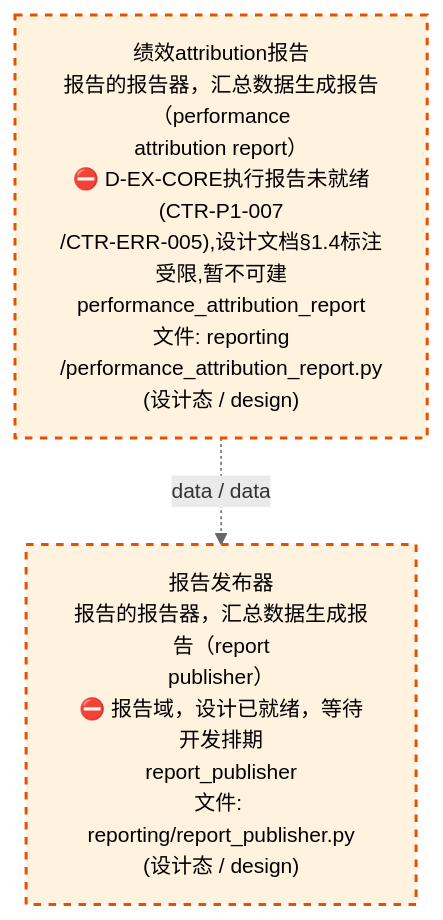
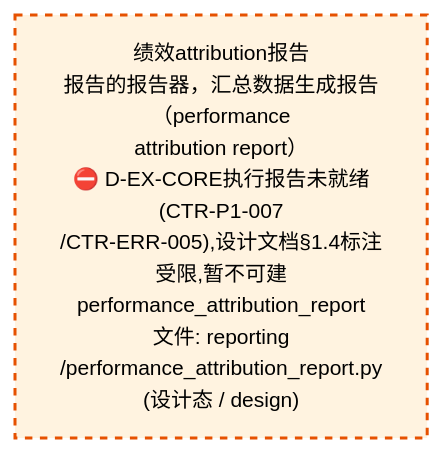
The third of 4 diagrams in docs/02_enterprise_architecture/02_domain_architecture_docs/26_d_reporting.md (xuanFelixVan/ZephyrAlpha), drawn with Mermaid before and after one commit. The commit also changed other lines of this file and 45 other files, not shown here.

````diff
--- a/docs/02_enterprise_architecture/02_domain_architecture_docs/26_d_reporting.md
+++ b/docs/02_enterprise_architecture/02_domain_architecture_docs/26_d_reporting.md
@@ -194,12 +214,10 @@
 ```mermaid
 %%{init: {'theme': 'base', 'themeVariables': {'primaryColor': '#eaeaea', 'primaryTextColor': '#333333', 'primaryBorderColor': '#666666', 'lineColor': '#666666', 'secondaryColor': '#eaeaea', 'tertiaryColor': '#eaeaea', 'fontSize': '14px'}}}%%
 flowchart TD
     src_zephyr_reporting_performance_attribution_report_py["绩效attribution报告<br/>报告的报告器，汇总数据生成报告（performance<br/>attribution report）<br/>⛔ D-EX-CORE执行报告未就绪(CTR-P1-007<br/>/CTR-ERR-005),设计文档§1.4标注受限,暂不可建<br/>performance_attribution_report<br/>文件: reporting<br/>/performance_attribution_report.py<br/>(设计态 / design)"]
-    src_zephyr_reporting_report_publisher_py["报告发布器<br/>报告的报告器，汇总数据生成报告（report<br/>publisher）<br/>⛔ 报告域，设计已就绪，等待开发排期<br/>report_publisher<br/>文件: reporting/report_publisher.py<br/>(设计态 / design)"]
-    src_zephyr_reporting_performance_attribution_report_py -.->|data / data| src_zephyr_reporting_report_publisher_py
     classDef production fill:#e1f5fe,stroke:#01579b,stroke-width:2px,color:#000
     classDef design fill:#fff3e0,stroke:#e65100,stroke-width:2px,color:#000,stroke-dasharray: 5 5
     classDef external_prod fill:#e8f4fd,stroke:#0277bd,stroke-width:1px,color:#000
     classDef external_design fill:#fff8e7,stroke:#ef6c00,stroke-width:1px,color:#000,stroke-dasharray: 5 5
-    class src_zephyr_reporting_performance_attribution_report_py,src_zephyr_reporting_report_publisher_py design
+    class src_zephyr_reporting_performance_attribution_report_py design
 ```
````
